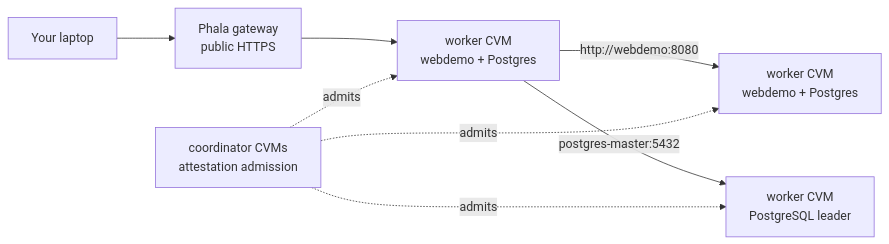
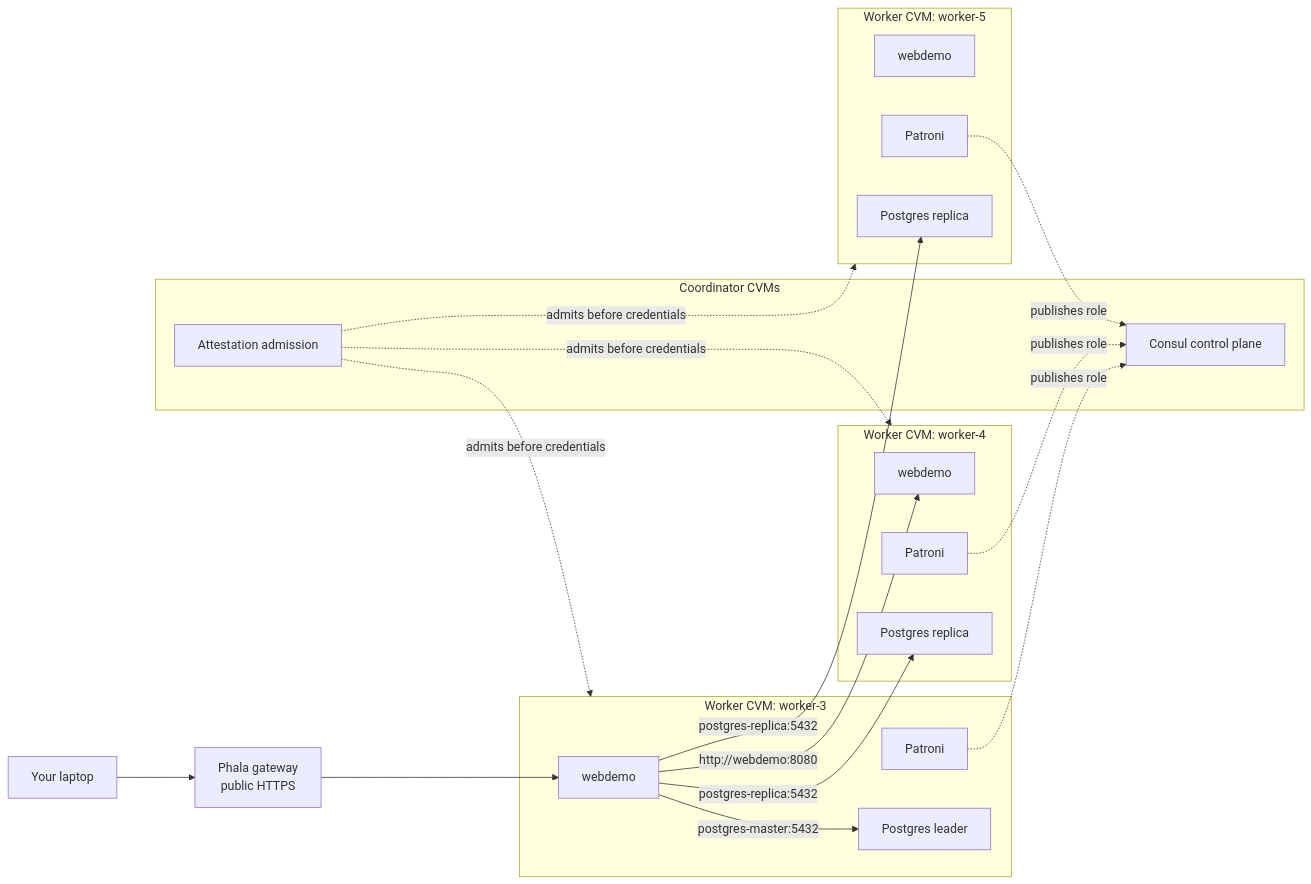
One commit to Dstack-TEE/service-mesh changed the first of 2 diagrams in README.md. Above: the diagram before and after it, drawn with Mermaid. The commit also changed other lines of this file, not shown here.

Commit message:
Add Patroni demo architecture diagram

````diff
--- a/README.md
+++ b/README.md
@@ -130,10 +132,40 @@
 ```mermaid
 flowchart LR
   user["Your laptop"] --> gateway["Phala gateway<br/>public HTTPS"]
-  gateway --> web1["worker CVM<br/>webdemo + Postgres"]
-  web1 -->|"http://webdemo:8080"| web2["worker CVM<br/>webdemo + Postgres"]
-  web1 -->|"postgres-master:5432"| web3["worker CVM<br/>PostgreSQL leader"]
-  coord["coordinator CVMs<br/>attestation admission"] -. admits .-> web1
-  coord -. admits .-> web2
-  coord -. admits .-> web3
+
+  subgraph coord["Coordinator CVMs"]
+    broker["Attestation admission"]
+    consul["Consul control plane"]
+  end
+
+  subgraph w3["Worker CVM: worker-3"]
+    web3["webdemo"]
+    pat3["Patroni"]
+    pg3["Postgres leader"]
+  end
+
+  subgraph w4["Worker CVM: worker-4"]
+    web4["webdemo"]
+    pat4["Patroni"]
+    pg4["Postgres replica"]
+  end
+
+  subgraph w5["Worker CVM: worker-5"]
+    web5["webdemo"]
+    pat5["Patroni"]
+    pg5["Postgres replica"]
+  end
+
+  gateway --> web3
+  web3 -->|"http://webdemo:8080"| web4
+  web3 -->|"postgres-master:5432"| pg3
+  web3 -->|"postgres-replica:5432"| pg4
+  web3 -->|"postgres-replica:5432"| pg5
+
+  pat3 -. "publishes role" .-> consul
+  pat4 -. "publishes role" .-> consul
+  pat5 -. "publishes role" .-> consul
+  broker -. "admits before credentials" .-> w3
+  broker -. "admits before credentials" .-> w4
+  broker -. "admits before credentials" .-> w5
 ```
````
